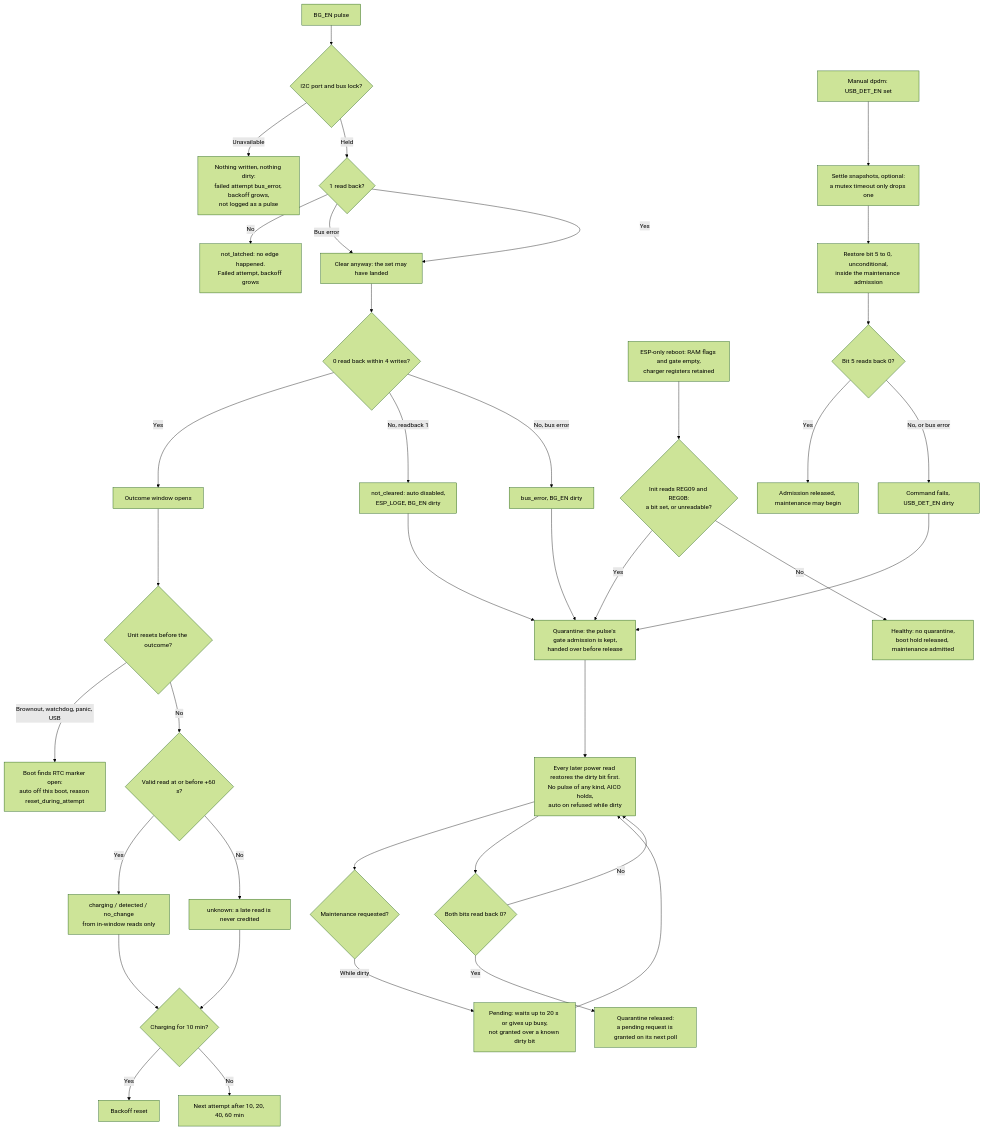
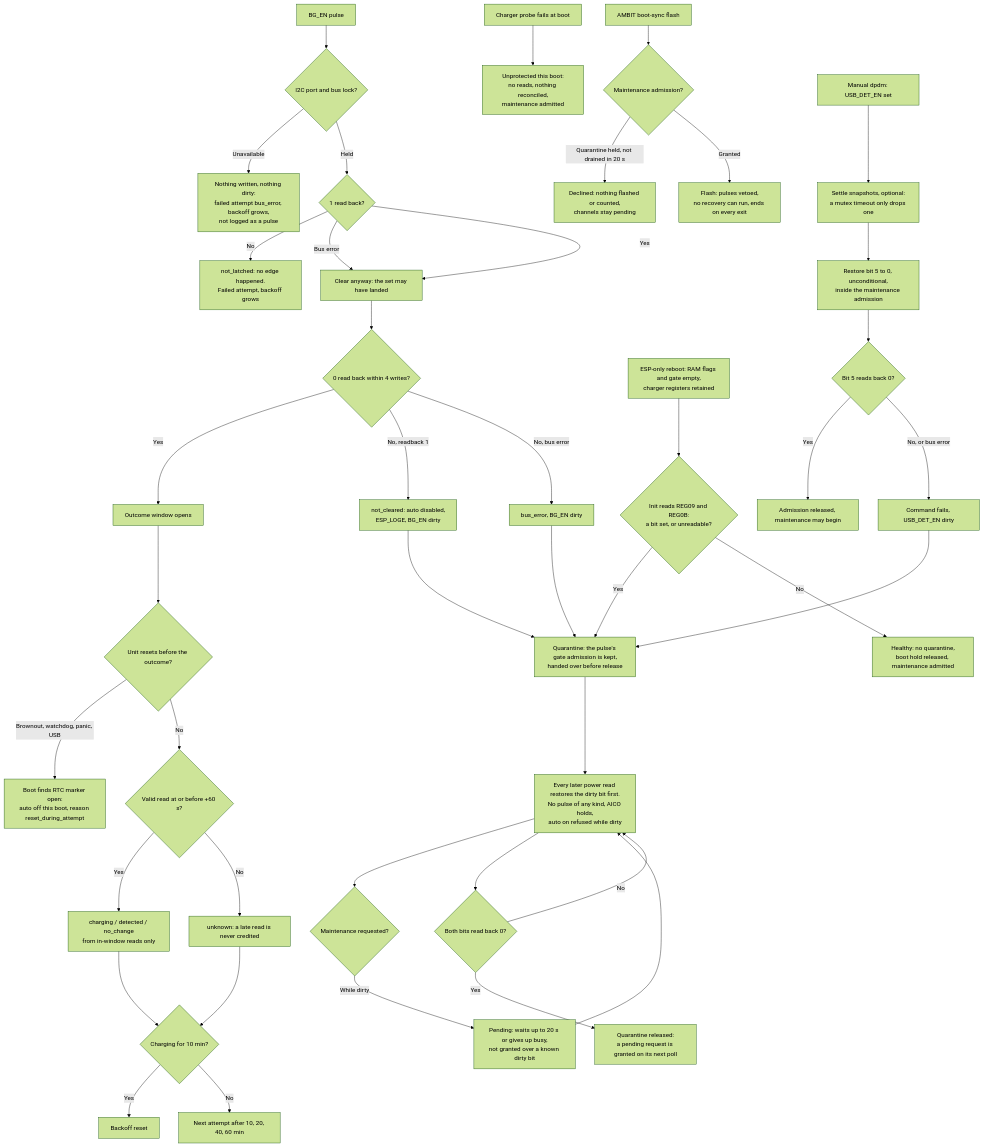
The third of 3 diagrams in docs/charger-redetect.md (Jan-IngenHousz-Institute/ambyte-iot), drawn with Mermaid (forest theme) before and after one commit. The commit also changed other lines of this file and 4 other files, not shown here.

Commit message:
docs(charger): boot flash admission, adoption and the failed-probe limit

````diff
--- a/docs/charger-redetect.md
+++ b/docs/charger-redetect.md
@@ -236,40 +252,44 @@
 ```mermaid
 flowchart TD
     A[BG_EN pulse] --> L{I2C port and bus lock?}
     L -- Unavailable --> N[Nothing written, nothing dirty:<br/>failed attempt bus_error, backoff grows,<br/>not logged as a pulse]
     L -- Held --> B{1 read back?}
     B -- No --> F1[not_latched: no edge happened.<br/>Failed attempt, backoff grows]
     B -- Bus error --> C[Clear anyway: the set may have landed]
     B -- Yes --> C
     C --> D{0 read back within 4 writes?}
     D -- Yes --> OK[Outcome window opens]
     D -- No, readback 1 --> S[not_cleared: auto disabled,<br/>ESP_LOGE, BG_EN dirty]
     D -- No, bus error --> T[bus_error, BG_EN dirty]
     S --> QH[Quarantine: the pulse's gate admission is kept,<br/>handed over before release]
     T --> QH
     QH --> R[Every later power read restores the dirty bit first.<br/>No pulse of any kind, AICO holds,<br/>auto on refused while dirty]
     R --> MQ{Maintenance requested?}
     MQ -- While dirty --> MW[Pending: waits up to 20 s or gives up busy,<br/>not granted over a known dirty bit]
     MW --> R
     R --> RC{Both bits read back 0?}
     RC -- Yes --> QR[Quarantine released:<br/>a pending request is granted on its next poll]
     RC -- No --> R
     BOOT[ESP-only reboot: RAM flags and gate empty,<br/>charger registers retained] --> RI{Init reads REG09 and REG0B:<br/>a bit set, or unreadable?}
     RI -- Yes --> QH
     RI -- No --> CLEAN[Healthy: no quarantine,<br/>boot hold released, maintenance admitted]
+    PF[Charger probe fails at boot] --> UNP[Unprotected this boot:<br/>no reads, nothing reconciled,<br/>maintenance admitted]
+    BF[AMBIT boot-sync flash] --> BA{Maintenance admission?}
+    BA -- Quarantine held, not drained in 20 s --> BD[Declined: nothing flashed or counted,<br/>channels stay pending]
+    BA -- Granted --> BFL[Flash: pulses vetoed,<br/>no recovery can run, ends on every exit]
     OK --> W{Unit resets before the outcome?}
     W -- Brownout, watchdog, panic, USB --> X[Boot finds RTC marker open:<br/>auto off this boot, reason reset_during_attempt]
     W -- No --> V{Valid read at or before +60 s?}
     V -- Yes --> Y[charging / detected / no_change<br/>from in-window reads only]
     V -- No --> U[unknown: a late read is never credited]
     Y --> Z{Charging for 10 min?}
     U --> Z
     Z -- Yes --> Q[Backoff reset]
     Z -- No --> BO[Next attempt after 10, 20, 40, 60 min]
     M[Manual dpdm: USB_DET_EN set] --> SN[Settle snapshots, optional:<br/>a mutex timeout only drops one]
     SN --> RS[Restore bit 5 to 0, unconditional,<br/>inside the maintenance admission]
     RS --> RV{Bit 5 reads back 0?}
     RV -- Yes --> MOK[Admission released, maintenance may begin]
     RV -- No, or bus error --> MD[Command fails, USB_DET_EN dirty]
     MD --> QH
 ```
````
